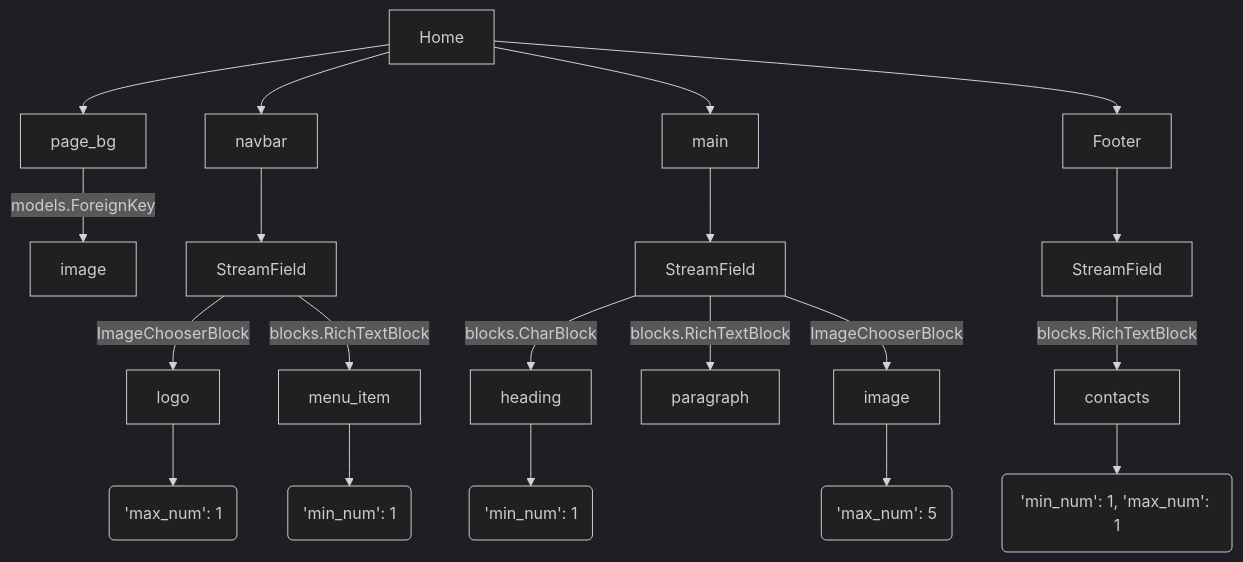
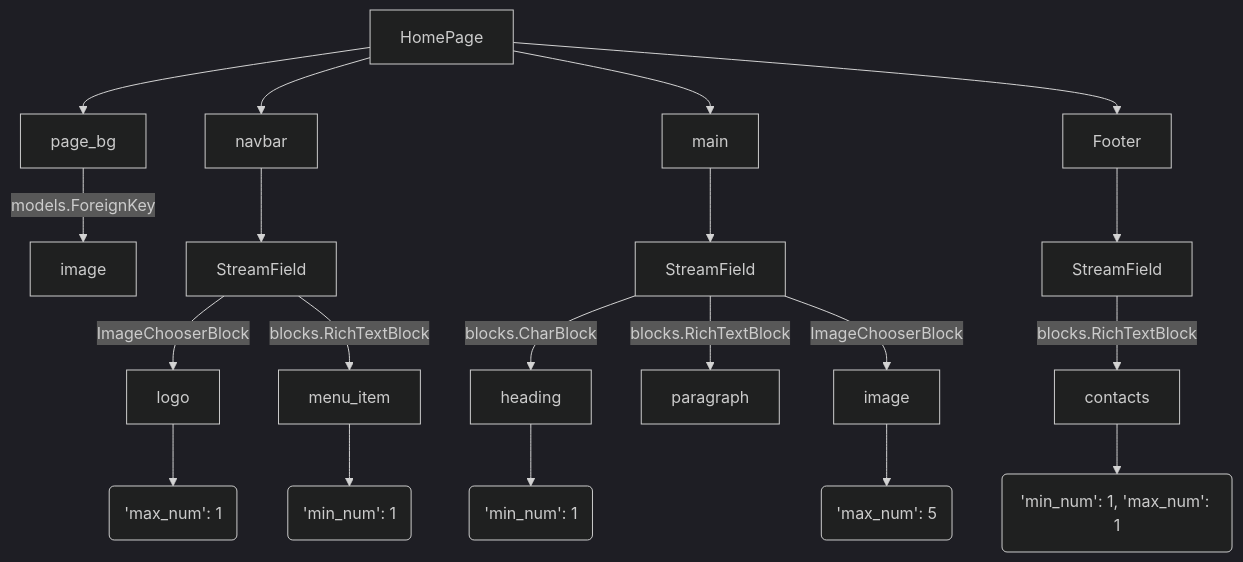
Before and after one commit to Shukik85/TailAlice: the diagram in README.md, drawn with Mermaid (dark theme).

````diff
--- a/README.md
+++ b/README.md
@@ -2,10 +2,10 @@
 ```mermaid
 flowchart TD;
-    A[Home] --> page_bg -- models.ForeignKey --> I1[image];
+    A[HomePage] --> page_bg -- models.ForeignKey --> I1[image];
     A --> navbar --> S1[StreamField] -- ImageChooserBlock --> logo --> V1("'max_num': 1");
     S1 -- blocks.RichTextBlock --> Ni[menu_item] --> V2("'min_num': 1");
     A --> main --> S2[StreamField]-- blocks.CharBlock --> heading --> V3("'min_num': 1");
     S2 -- blocks.RichTextBlock --> paragraph;
     S2 -- ImageChooserBlock --> I2[image] --> V4("'max_num': 5");
     A --> Footer --> S3[StreamField] -- blocks.RichTextBlock --> contacts --> V5('min_num': 1, 'max_num': 1)
 ```
````
